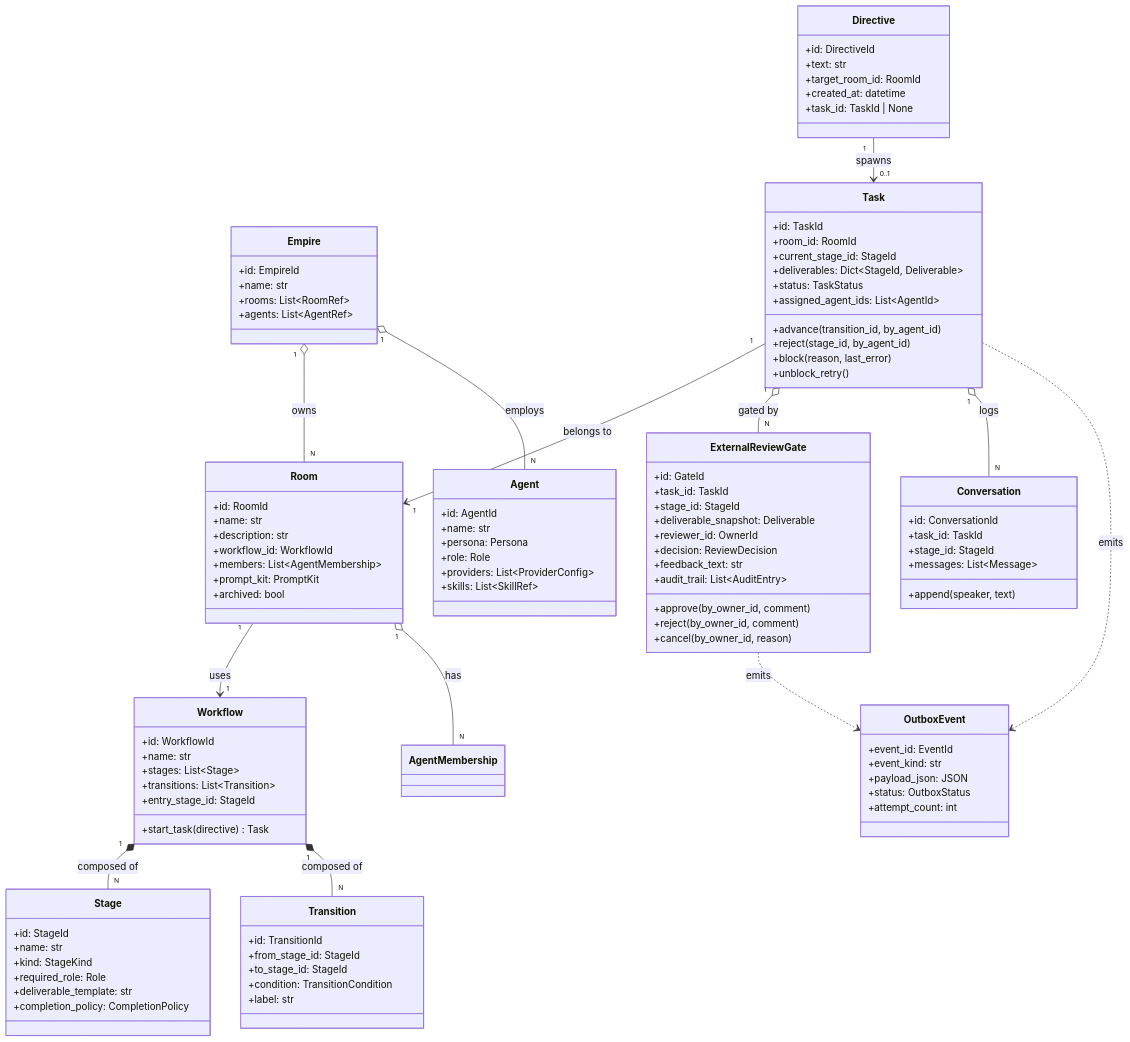
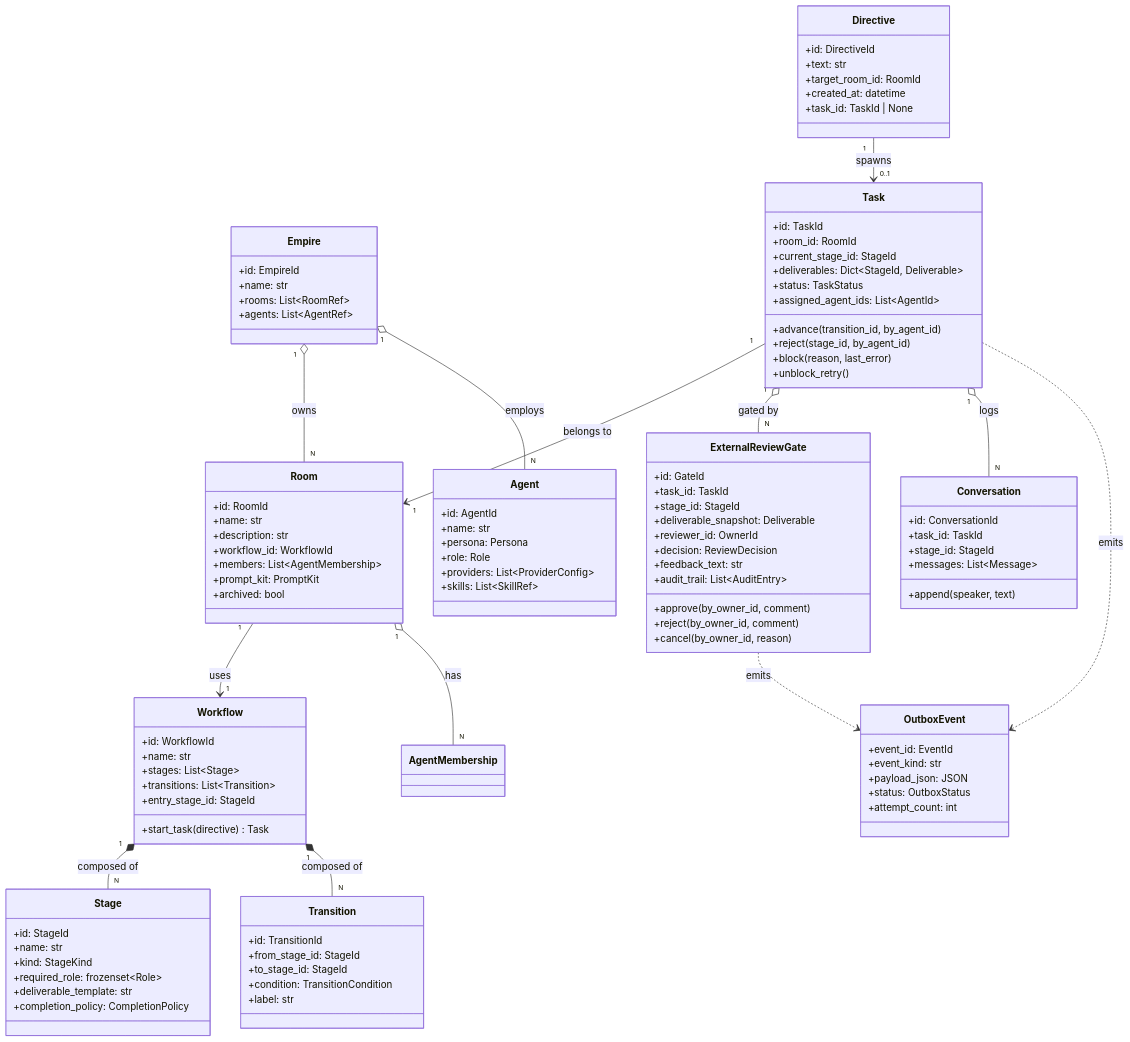
Before and after one commit to bakufu-dev/bakufu: the diagram in docs/architecture/domain-model.md, drawn with Mermaid. The commit also changed 3 other files, not shown here.

First line of the commit message:
chore(domain-model): adopt frozenset[Role] for Stage.required_role (#11)

```diff
--- a/docs/architecture/domain-model.md
+++ b/docs/architecture/domain-model.md
@@ -58,7 +58,7 @@
         +id: StageId
         +name: str
         +kind: StageKind
-        +required_role: Role
+        +required_role: frozenset~Role~
         +deliverable_template: str
         +completion_policy: CompletionPolicy
     }
```
